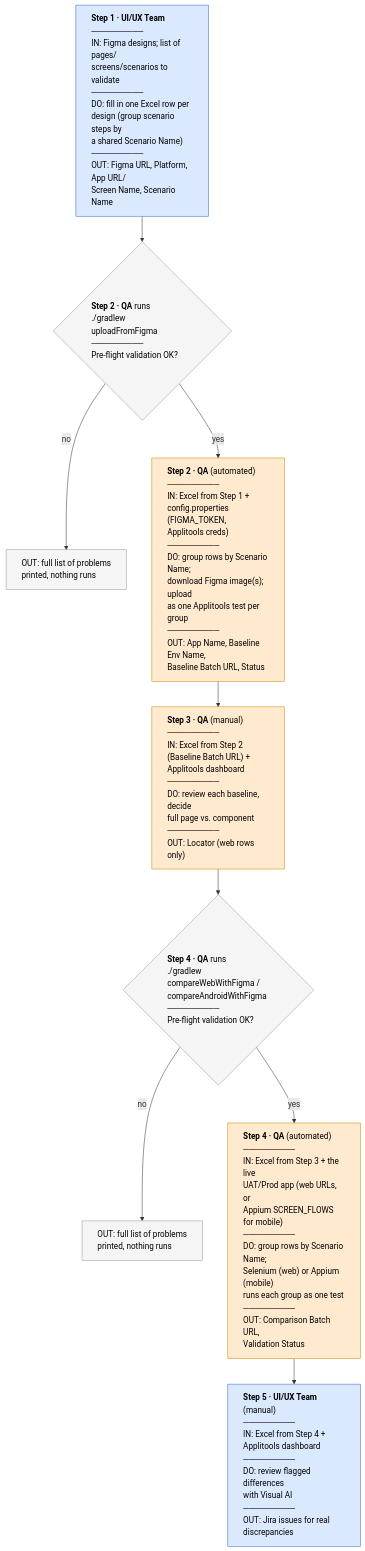
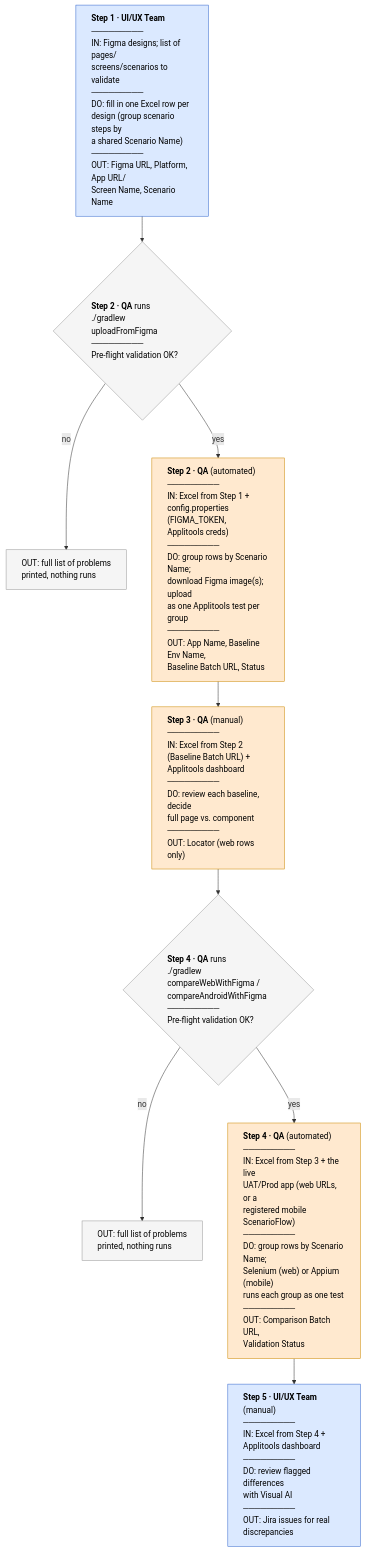
Before and after one commit to anandbagmar/figmacompare-sample: the diagram in README_FigmaVisualValidation.md, drawn with Mermaid. The commit also changed other lines of this file and 9 other files, not shown here.

First line of the commit message:
Rework Android compareWithFigma around a shared scenario registry

````diff
--- a/README_FigmaVisualValidation.md
+++ b/README_FigmaVisualValidation.md
@@ -21,31 +21,31 @@
 ```mermaid
 flowchart TD
     classDef uiux fill:#dbe9ff,stroke:#3366cc,color:#000,text-align:left
     classDef qa fill:#ffe9cf,stroke:#cc8800,color:#000,text-align:left
     classDef gate fill:#f5f5f5,stroke:#999999,color:#000,text-align:left
 
     S1["<b>Step 1 · UI/UX Team</b><br/>─────────<br/>IN: Figma designs; list of pages/<br/>screens/scenarios to validate<br/>─────────<br/>DO: fill in one Excel row per<br/>design (group scenario steps by<br/>a shared Scenario Name)<br/>─────────<br/>OUT: Figma URL, Platform, App URL/<br/>Screen Name, Scenario Name"]
 
     V1{"<b>Step 2 · QA</b> runs<br/>./gradlew uploadFromFigma<br/>─────────<br/>Pre-flight validation OK?"}
     V1fail["OUT: full list of problems<br/>printed, nothing runs"]
     Upload["<b>Step 2 · QA</b> (automated)<br/>─────────<br/>IN: Excel from Step 1 +<br/>config.properties (FIGMA_TOKEN,<br/>Applitools creds)<br/>─────────<br/>DO: group rows by Scenario Name;<br/>download Figma image(s); upload<br/>as one Applitools test per group<br/>─────────<br/>OUT: App Name, Baseline Env Name,<br/>Baseline Batch URL, Status"]
 
     S3["<b>Step 3 · QA</b> (manual)<br/>─────────<br/>IN: Excel from Step 2<br/>(Baseline Batch URL) +<br/>Applitools dashboard<br/>─────────<br/>DO: review each baseline, decide<br/>full page vs. component<br/>─────────<br/>OUT: Locator (web rows only)"]
 
     V2{"<b>Step 4 · QA</b> runs<br/>./gradlew compareWebWithFigma /<br/>compareAndroidWithFigma<br/>─────────<br/>Pre-flight validation OK?"}
     V2fail["OUT: full list of problems<br/>printed, nothing runs"]
-    Compare["<b>Step 4 · QA</b> (automated)<br/>─────────<br/>IN: Excel from Step 3 + the live<br/>UAT/Prod app (web URLs, or<br/>Appium SCREEN_FLOWS for mobile)<br/>─────────<br/>DO: group rows by Scenario Name;<br/>Selenium (web) or Appium (mobile)<br/>runs each group as one test<br/>─────────<br/>OUT: Comparison Batch URL,<br/>Validation Status"]
+    Compare["<b>Step 4 · QA</b> (automated)<br/>─────────<br/>IN: Excel from Step 3 + the live<br/>UAT/Prod app (web URLs, or a<br/>registered mobile ScenarioFlow)<br/>─────────<br/>DO: group rows by Scenario Name;<br/>Selenium (web) or Appium (mobile)<br/>runs each group as one test<br/>─────────<br/>OUT: Comparison Batch URL,<br/>Validation Status"]
 
     S5["<b>Step 5 · UI/UX Team</b> (manual)<br/>─────────<br/>IN: Excel from Step 4 +<br/>Applitools dashboard<br/>─────────<br/>DO: review flagged differences<br/>with Visual AI<br/>─────────<br/>OUT: Jira issues for real<br/>discrepancies"]
 
     S1 --> V1
     V1 -- no --> V1fail
     V1 -- yes --> Upload --> S3
     S3 --> V2
     V2 -- no --> V2fail
     V2 -- yes --> Compare --> S5
 
     class S1,S5 uiux
     class Upload,S3,Compare qa
     class V1,V1fail,V2,V2fail gate
 ```
````
